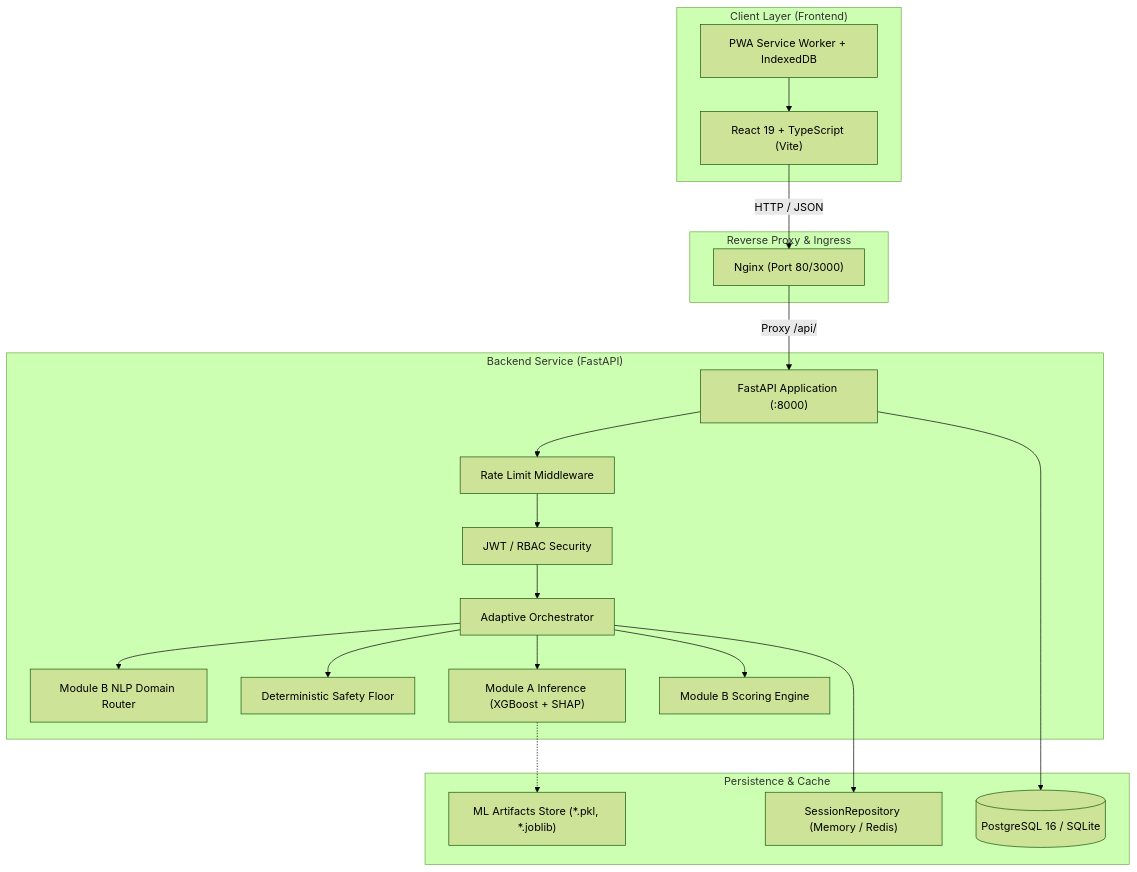
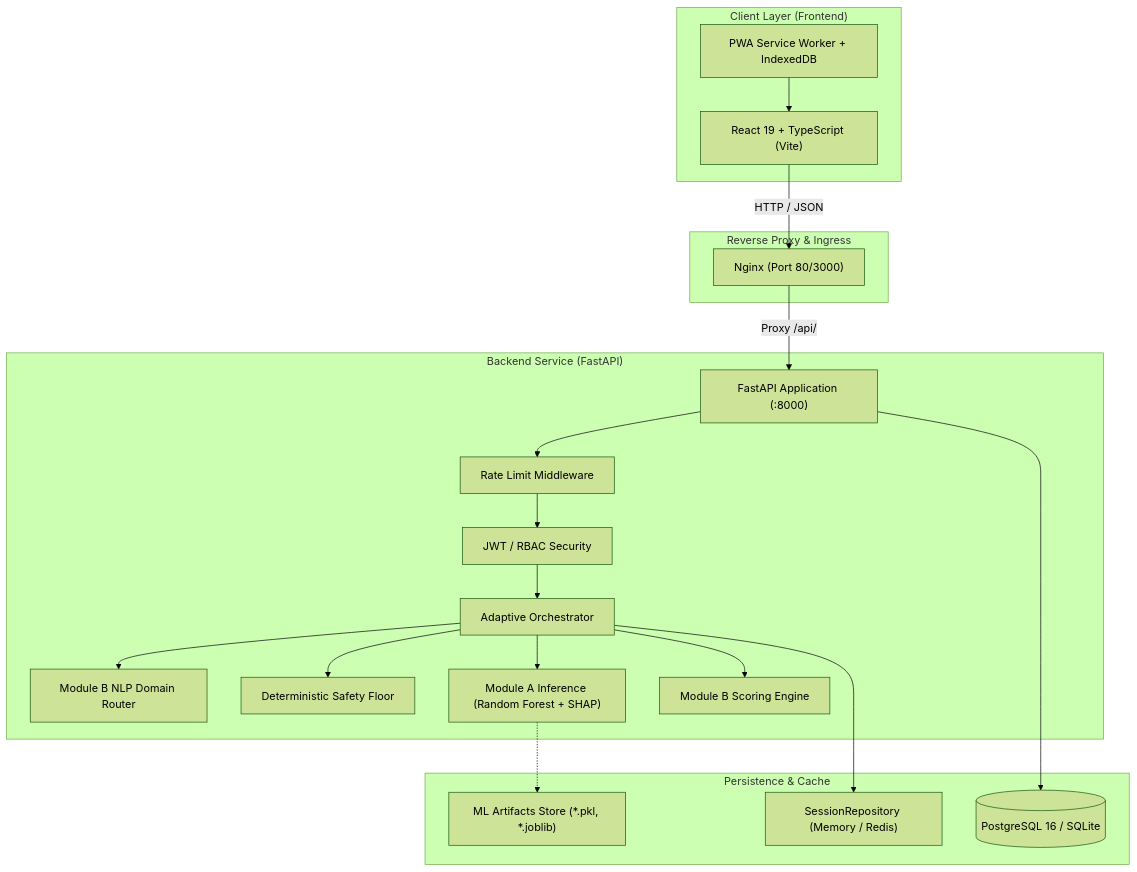
One commit to kirtankumarsanghi/Nirixon changed the diagram in README.md. Above: the diagram before and after it, drawn with Mermaid (forest theme). The commit also changed other lines of this file and 42 other files, not shown here.

````diff
--- a/README.md
+++ b/README.md
@@ -385,40 +531,40 @@
 ```mermaid
 flowchart TD
     subgraph Client_Layer ["Client Layer (Frontend)"]
         SPA["React 19 + TypeScript (Vite)"]
         PWA["PWA Service Worker + IndexedDB"]
         PWA --> SPA
     end
 
     subgraph Gateway ["Reverse Proxy & Ingress"]
         NGINX["Nginx (Port 80/3000)"]
     end
 
     subgraph Service_Layer ["Backend Service (FastAPI)"]
         API["FastAPI Application (:8000)"]
         RL["Rate Limit Middleware"]
         AUTH["JWT / RBAC Security"]
         ORCH["Adaptive Orchestrator"]
         ROUTER_B["Module B NLP Domain Router"]
         SAFETY["Deterministic Safety Floor"]
-        INFER_A["Module A Inference (XGBoost + SHAP)"]
+        INFER_A["Module A Inference (Random Forest + SHAP)"]
         INFER_B["Module B Scoring Engine"]
     end
 
     subgraph Data_Layer ["Persistence & Cache"]
         DB[(PostgreSQL 16 / SQLite)]
         SESS_REPO["SessionRepository (Memory / Redis)"]
         ML_STORE["ML Artifacts Store (*.pkl, *.joblib)"]
     end
 
     SPA -->|HTTP / JSON| NGINX
     NGINX -->|Proxy /api/| API
     API --> RL --> AUTH --> ORCH
     ORCH --> ROUTER_B
     ORCH --> SAFETY
     ORCH --> INFER_A
     ORCH --> INFER_B
     INFER_A -.-> ML_STORE
     API --> DB
     ORCH --> SESS_REPO
 ```
````
